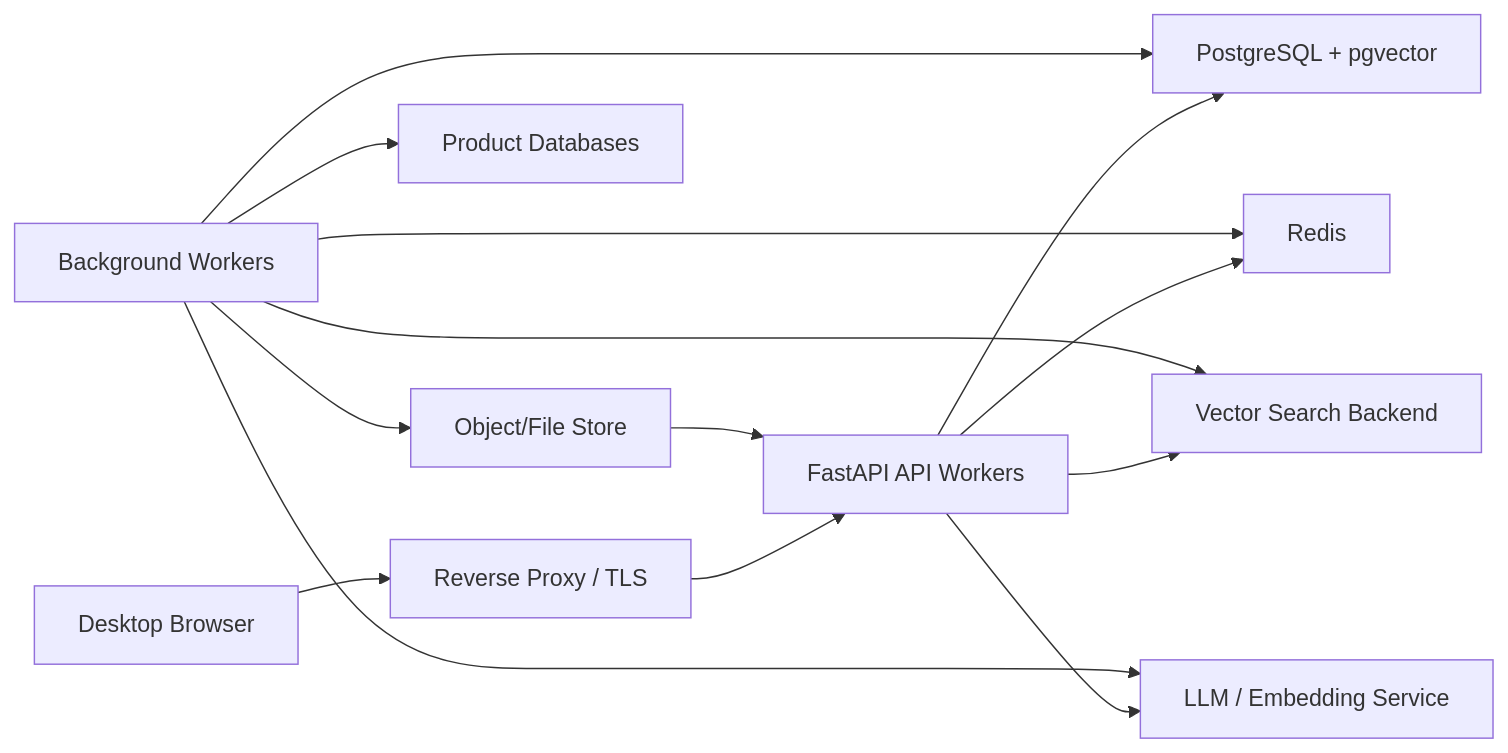
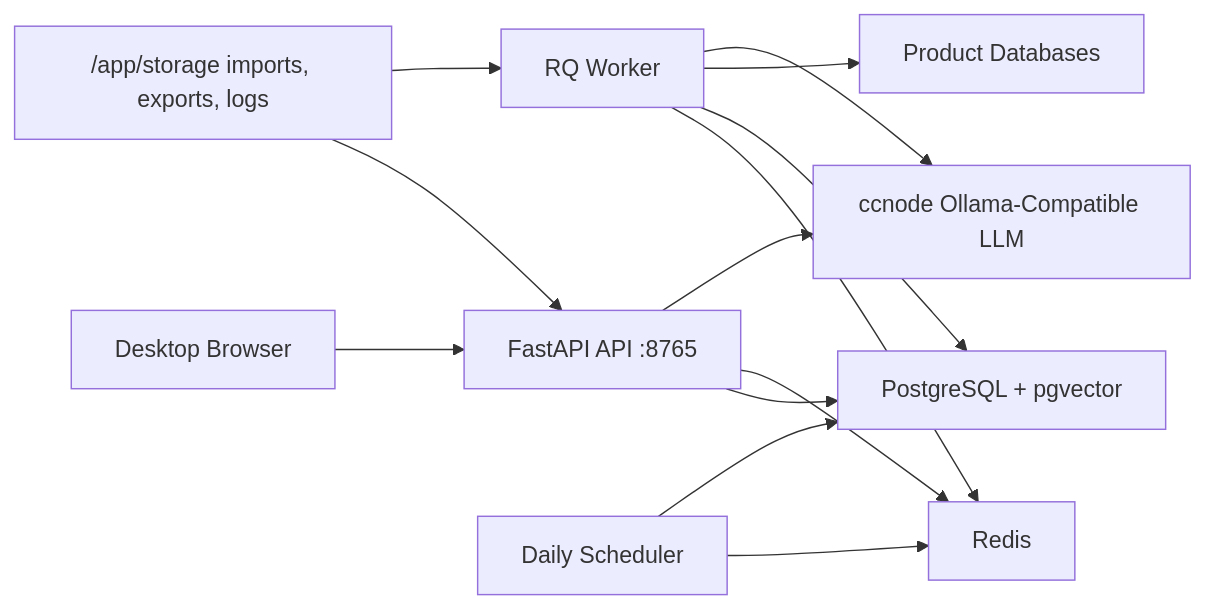
The diagram in docs/ARCHITECTURE.md (sunshaoxuan/anysql), drawn with Mermaid before and after one commit. The commit also changed other lines of this file and 33 other files, not shown here.

Commit message:
Implement team architecture with pgvector and docker

````diff
--- a/docs/ARCHITECTURE.md
+++ b/docs/ARCHITECTURE.md
@@ -30,16 +17,15 @@
 ```mermaid
 flowchart LR
-    Browser["Desktop Browser"] --> LB["Reverse Proxy / TLS"]
-    LB --> API["FastAPI API Workers"]
+    Browser["Desktop Browser"] --> API["FastAPI API :8765"]
     API --> PG["PostgreSQL + pgvector"]
     API --> Redis["Redis"]
-    API --> Vec["Vector Search Backend"]
-    API --> LLM["LLM / Embedding Service"]
-    Worker["Background Workers"] --> PG
-    Worker --> Redis
-    Worker --> Vec
+    API --> LLM["ccnode Ollama-Compatible LLM"]
+    Worker["RQ Worker"] --> Redis
+    Worker --> PG
     Worker --> SourceDB["Product Databases"]
     Worker --> LLM
-    Store["Object/File Store"] --> API
-    Worker --> Store
+    Scheduler["Daily Scheduler"] --> Redis
+    Scheduler --> PG
+    Store["/app/storage imports, exports, logs"] --> API
+    Store --> Worker
 ```
````
